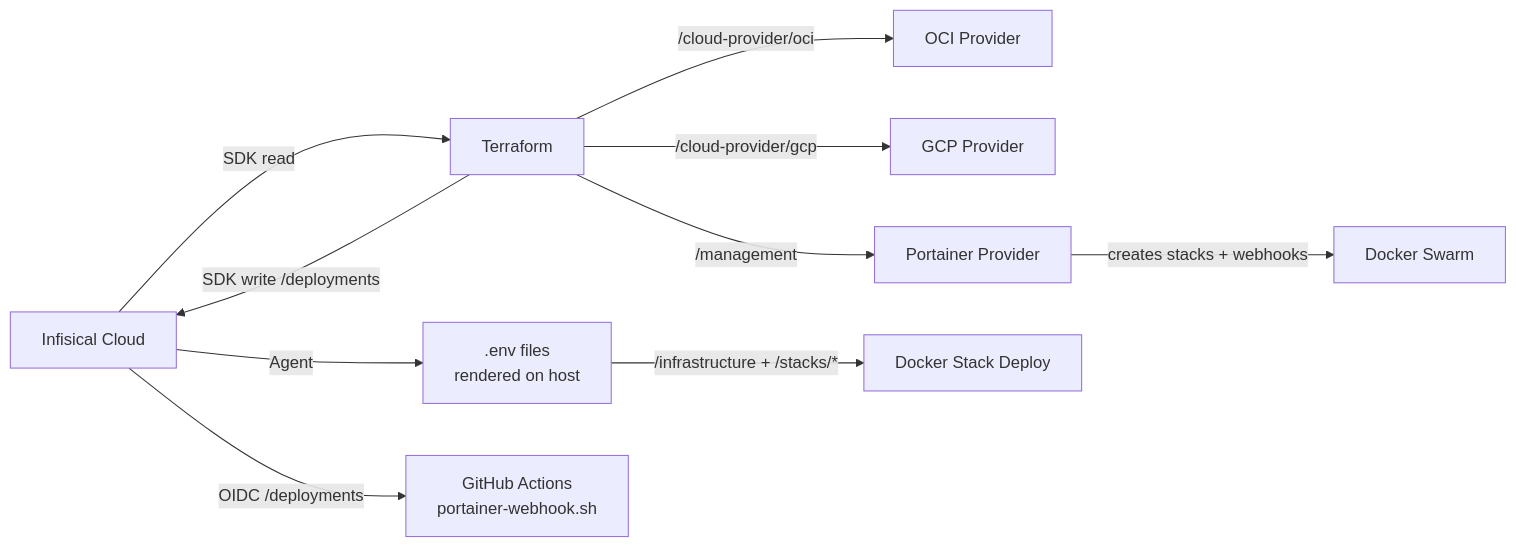
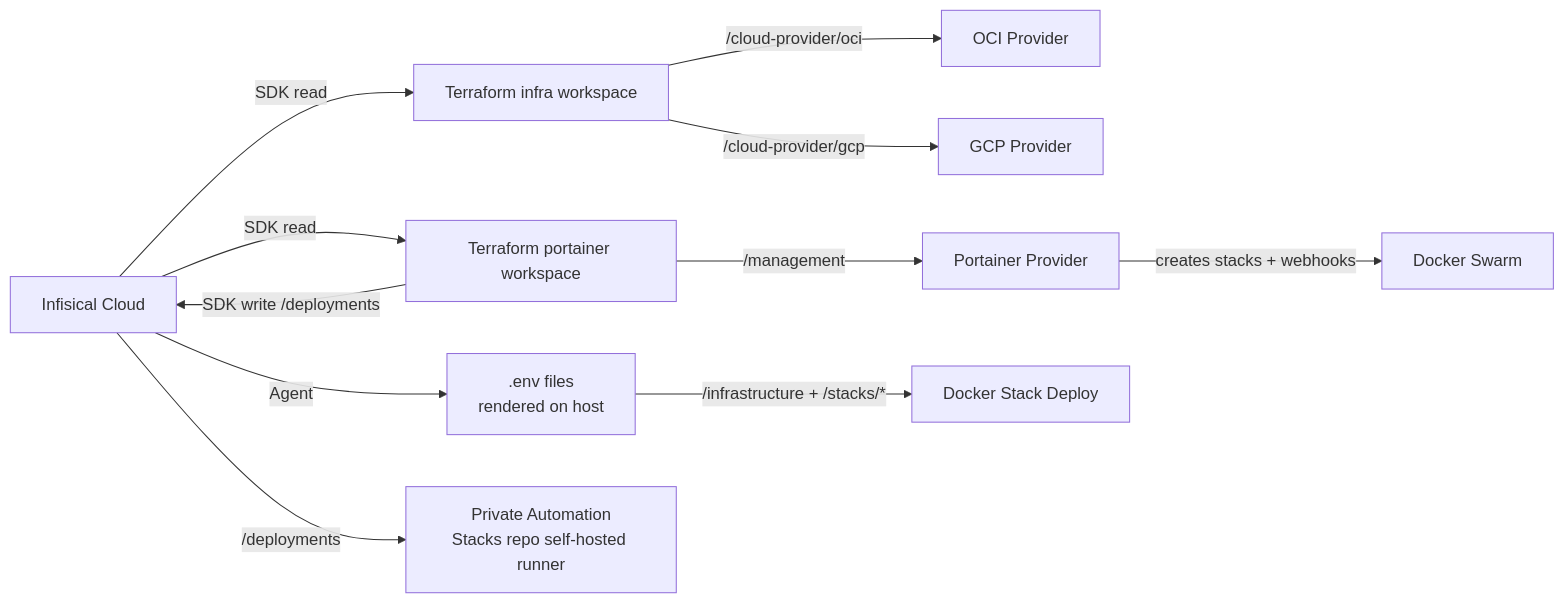
One commit to JoseStud/GoodOldMeServer changed the diagram in docs/infisical-workflow.md. Above: the diagram before and after it, drawn with Mermaid. The commit also changed other lines of this file and 32 other files, not shown here.

````diff
--- a/docs/infisical-workflow.md
+++ b/docs/infisical-workflow.md
@@ -9,12 +9,13 @@
 ```mermaid
 flowchart LR
-    INF[Infisical Cloud] -->|SDK read| TF[Terraform]
-    TF -->|/cloud-provider/oci| OCI[OCI Provider]
-    TF -->|/cloud-provider/gcp| GCP[GCP Provider]
-    TF -->|/management| PORT[Portainer Provider]
+    INF[Infisical Cloud] -->|SDK read| TFI[Terraform infra workspace]
+    INF -->|SDK read| TFP[Terraform portainer workspace]
+    TFI -->|/cloud-provider/oci| OCI[OCI Provider]
+    TFI -->|/cloud-provider/gcp| GCP[GCP Provider]
+    TFP -->|/management| PORT[Portainer Provider]
     PORT -->|creates stacks + webhooks| SWARM[Docker Swarm]
-    TF -->|SDK write /deployments| INF
+    TFP -->|SDK write /deployments| INF
     INF -->|Agent| ENV[.env files<br/>rendered on host]
     ENV -->|/infrastructure + /stacks/*| STACKS[Docker Stack Deploy]
-    INF -->|OIDC /deployments| GHA[GitHub Actions<br/>portainer-webhook.sh]
+    INF -->|/deployments| AUTO[Private Automation<br/>Stacks repo self-hosted runner]
 ```
````
